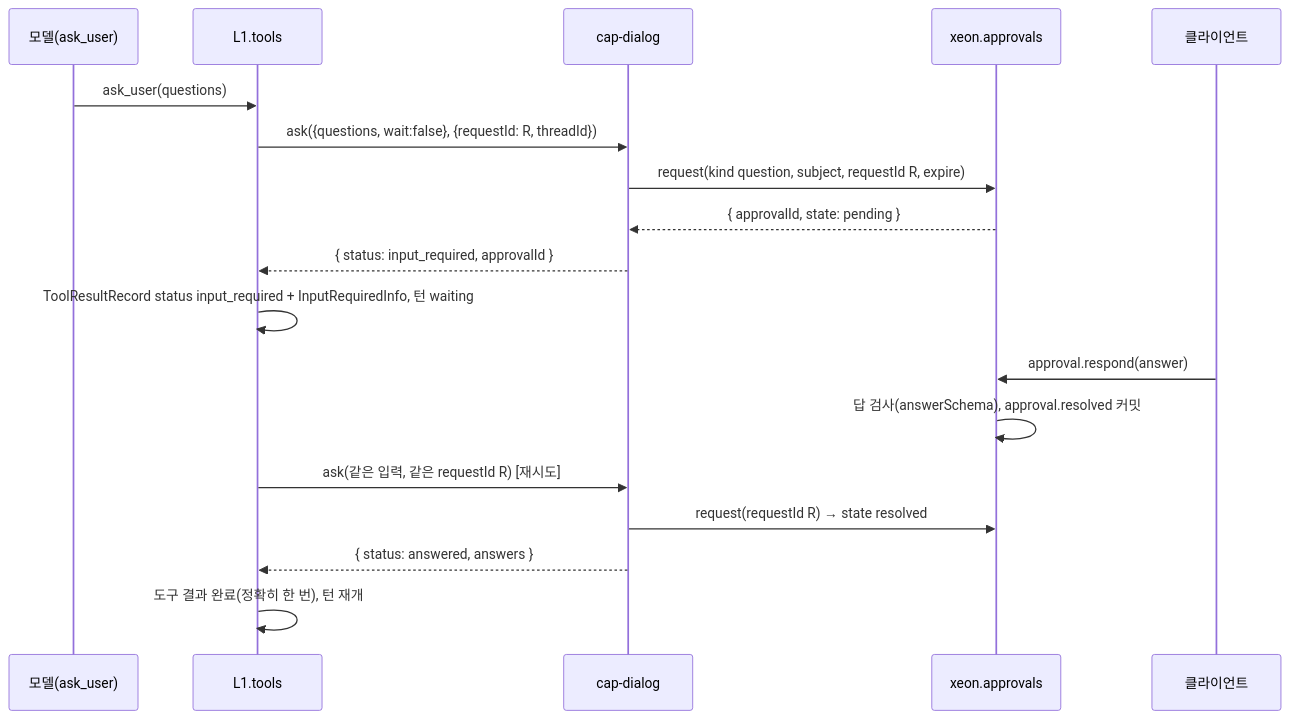
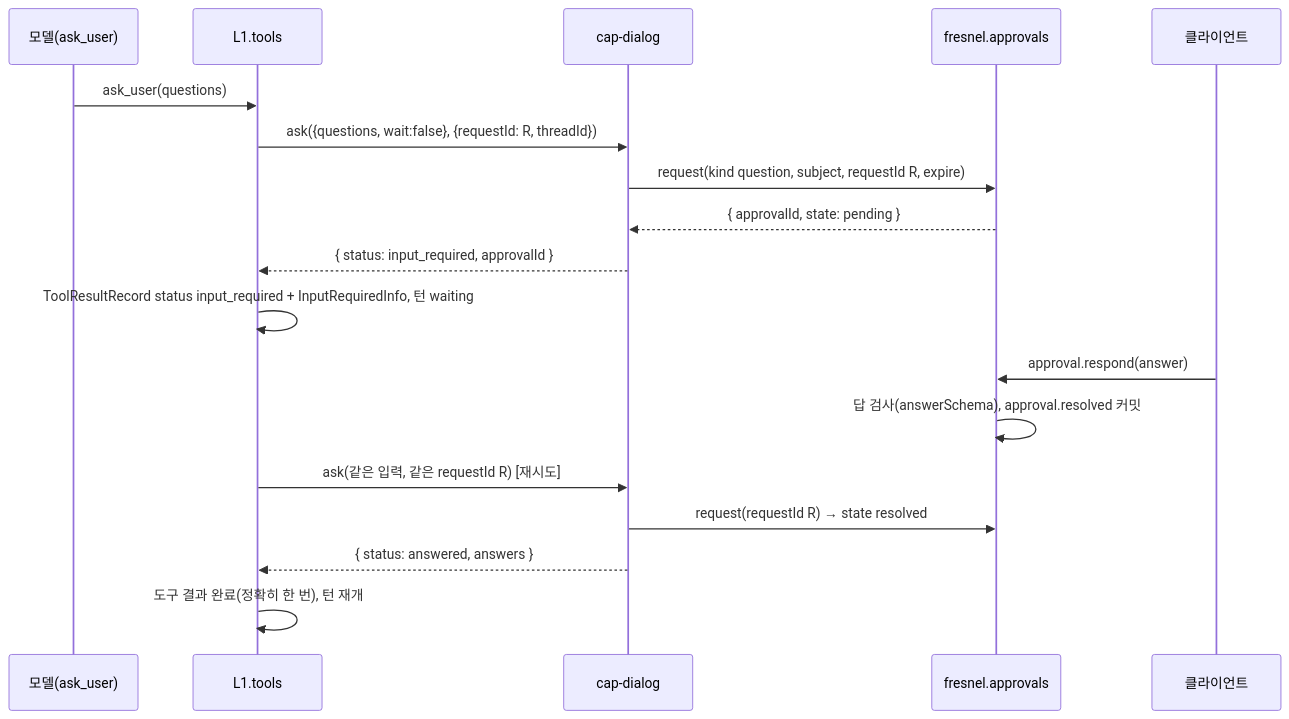
Before and after one commit to Rengod95/Helm-Agent_Docs_OS: the diagram in docs/xeon/L2/dialog/spec.md, drawn with Mermaid. The commit also changed other lines of this file and 2082 other files, not shown here.

````diff
--- a/docs/xeon/L2/dialog/spec.md
+++ b/docs/xeon/L2/dialog/spec.md
@@ -725,20 +725,20 @@
 ```mermaid
 sequenceDiagram
   participant M as 모델(ask_user)
   participant T as L1.tools
   participant D as cap-dialog
-  participant A as xeon.approvals
+  participant A as fresnel.approvals
   participant U as 클라이언트
   M->>T: ask_user(questions)
   T->>D: ask({questions, wait:false}, {requestId: R, threadId})
   D->>A: request(kind question, subject, requestId R, expire)
   A-->>D: { approvalId, state: pending }
   D-->>T: { status: input_required, approvalId }
   T->>T: ToolResultRecord status input_required + InputRequiredInfo, 턴 waiting
   U->>A: approval.respond(answer)
   A->>A: 답 검사(answerSchema), approval.resolved 커밋
   T->>D: ask(같은 입력, 같은 requestId R)  [재시도]
   D->>A: request(requestId R) → state resolved
   D-->>T: { status: answered, answers }
   T->>T: 도구 결과 완료(정확히 한 번), 턴 재개
 ```
````
